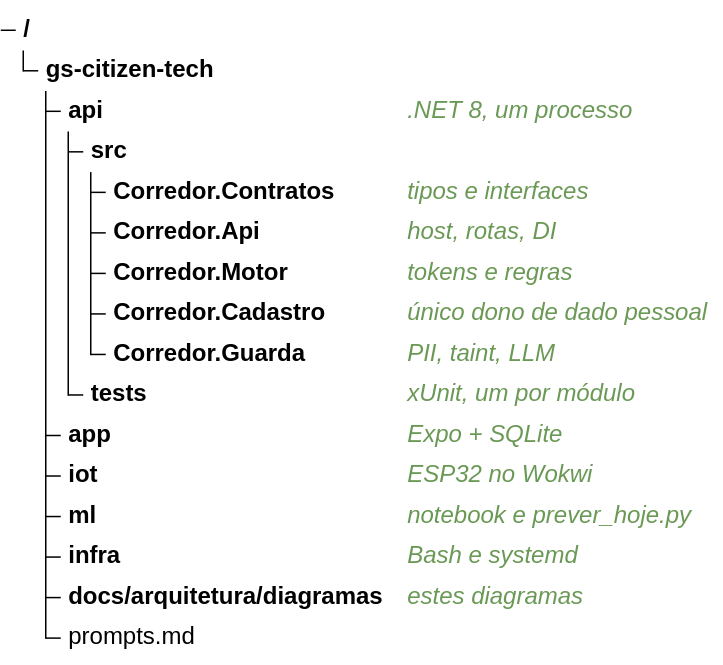
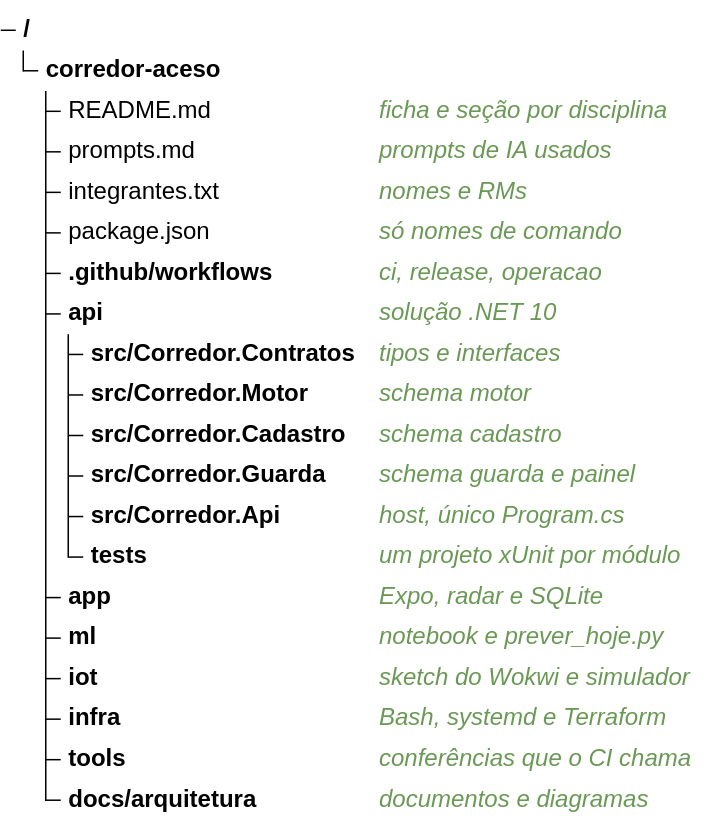
Before and after one commit to IamP5/corredor-aceso: the diagram in docs/arquitetura/diagramas/modelos/treeView.mmd, drawn with Mermaid. The commit also changed 211 other files, not shown here.

First line of the commit message:
docs(arquitetura): visão geral final, 28 diagramas e índice da pasta

```diff
--- a/docs/arquitetura/diagramas/modelos/treeView.mmd
+++ b/docs/arquitetura/diagramas/modelos/treeView.mmd
@@ -1,18 +1,23 @@
 %% Modelo treeView-beta. Vista: árvore do repositório.
 %% Regras: até 3 níveis, até 20 linhas, descrição depois de ## com até 30 caracteres.
+%% Corpo copiado de 25-repositorio.mmd.
 treeView-beta
-  gs-citizen-tech/
-    api/ ## .NET 8, um processo
-      src/
-        Corredor.Contratos/ ## tipos e interfaces
-        Corredor.Api/ ## host, rotas, DI
-        Corredor.Motor/ ## tokens e regras
-        Corredor.Cadastro/ ## único dono de dado pessoal
-        Corredor.Guarda/ ## PII, taint, LLM
-      tests/ ## xUnit, um por módulo
-    app/ ## Expo + SQLite
-    iot/ ## ESP32 no Wokwi
+  corredor-aceso/
+    README.md ## ficha e seção por disciplina
+    prompts.md ## prompts de IA usados
+    integrantes.txt ## nomes e RMs
+    package.json ## só nomes de comando
+    .github/workflows/ ## ci, release, operacao
+    api/ ## solução .NET 10
+      src/Corredor.Contratos/ ## tipos e interfaces
+      src/Corredor.Motor/ ## schema motor
+      src/Corredor.Cadastro/ ## schema cadastro
+      src/Corredor.Guarda/ ## schema guarda e painel
+      src/Corredor.Api/ ## host, único Program.cs
+      tests/ ## um projeto xUnit por módulo
+    app/ ## Expo, radar e SQLite
     ml/ ## notebook e prever_hoje.py
-    infra/ ## Bash e systemd
-    docs/arquitetura/diagramas/ ## estes diagramas
-    prompts.md
+    iot/ ## sketch do Wokwi e simulador
+    infra/ ## Bash, systemd e Terraform
+    tools/ ## conferências que o CI chama
+    docs/arquitetura/ ## documentos e diagramas
```
